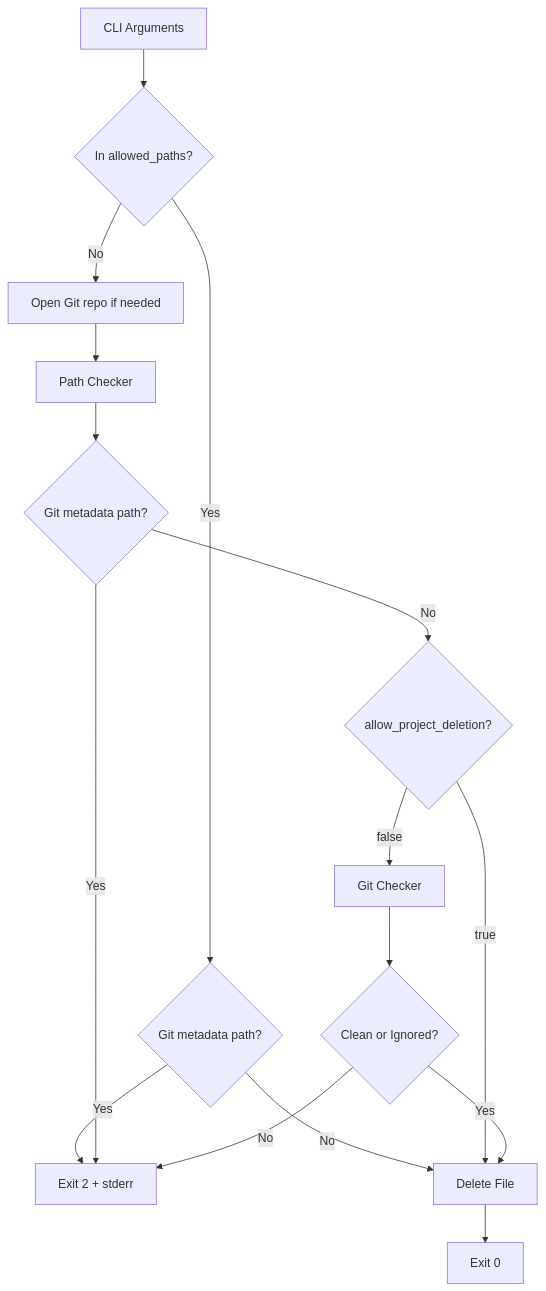
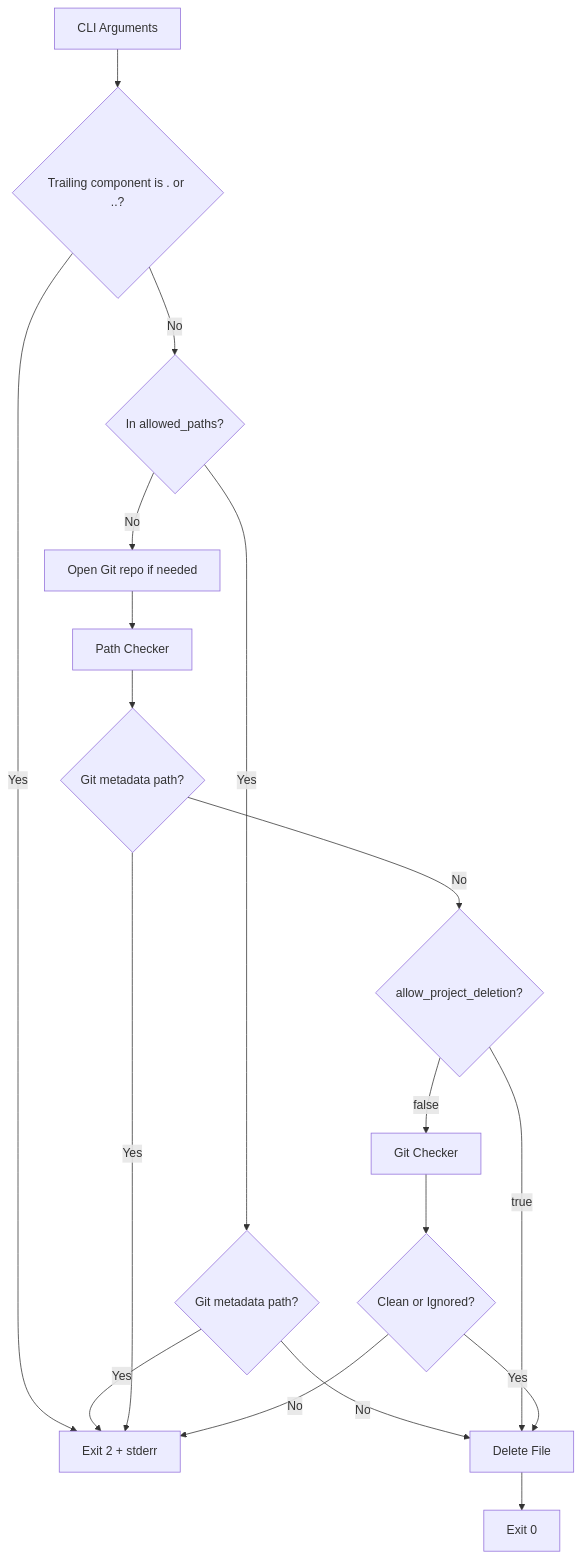
One commit to owayo/safe-rm changed the first of 3 diagrams in README.md. Above: the diagram before and after it, drawn with Mermaid. The commit also changed other lines of this file and 7 other files, not shown here.

````diff
--- a/README.md
+++ b/README.md
@@ -182,18 +183,20 @@
 ```mermaid
 flowchart TB
-    CLI[CLI Arguments] --> ConfigCheck{In allowed_paths?}
+    CLI[CLI Arguments] --> DotCheck{Trailing component is . or ..?}
+    DotCheck -->|Yes| Exit2[Exit 2 + stderr]
+    DotCheck -->|No| ConfigCheck{In allowed_paths?}
     ConfigCheck -->|Yes| AllowedGitMetaCheck{Git metadata path?}
-    AllowedGitMetaCheck -->|Yes| Exit2[Exit 2 + stderr]
+    AllowedGitMetaCheck -->|Yes| Exit2
     AllowedGitMetaCheck -->|No| Delete[Delete File]
     ConfigCheck -->|No| GitOpen[Open Git repo if needed]
     GitOpen --> PathCheck[Path Checker]
     PathCheck --> GitMetaCheck{Git metadata path?}
     GitMetaCheck -->|Yes| Exit2
     GitMetaCheck -->|No| ProjectCheck{allow_project_deletion?}
     ProjectCheck -->|true| Delete
     ProjectCheck -->|false| GitCheck[Git Checker]
     GitCheck --> Result{Clean or Ignored?}
     Result -->|Yes| Delete
     Result -->|No| Exit2
     Delete --> Exit0[Exit 0]
 ```
````
